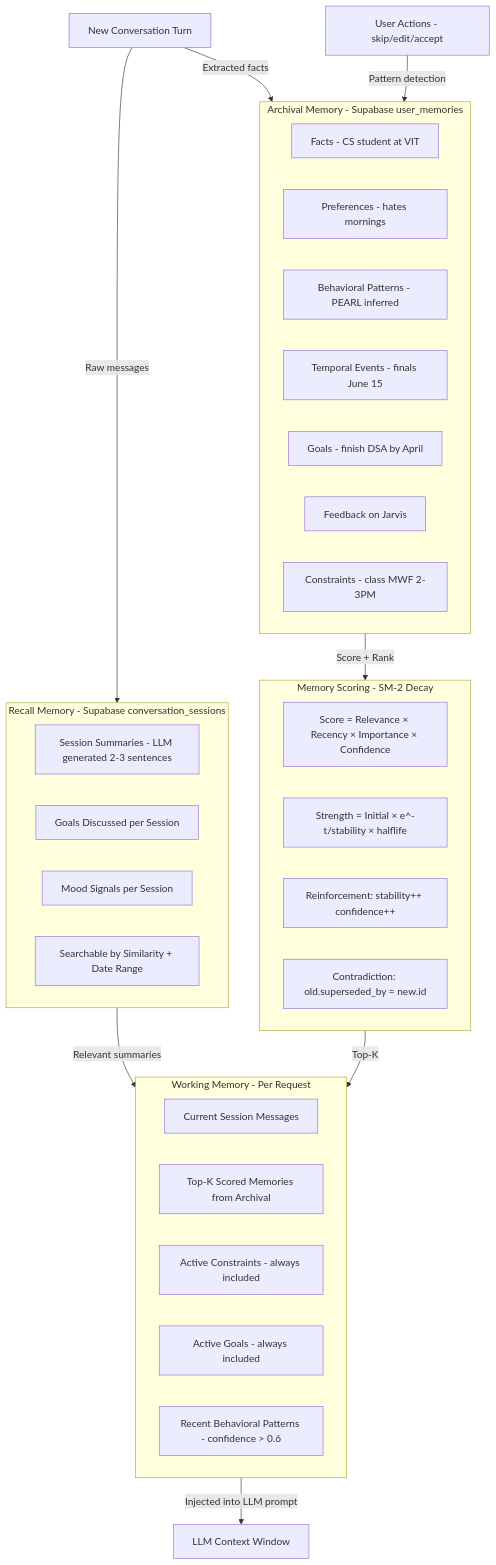
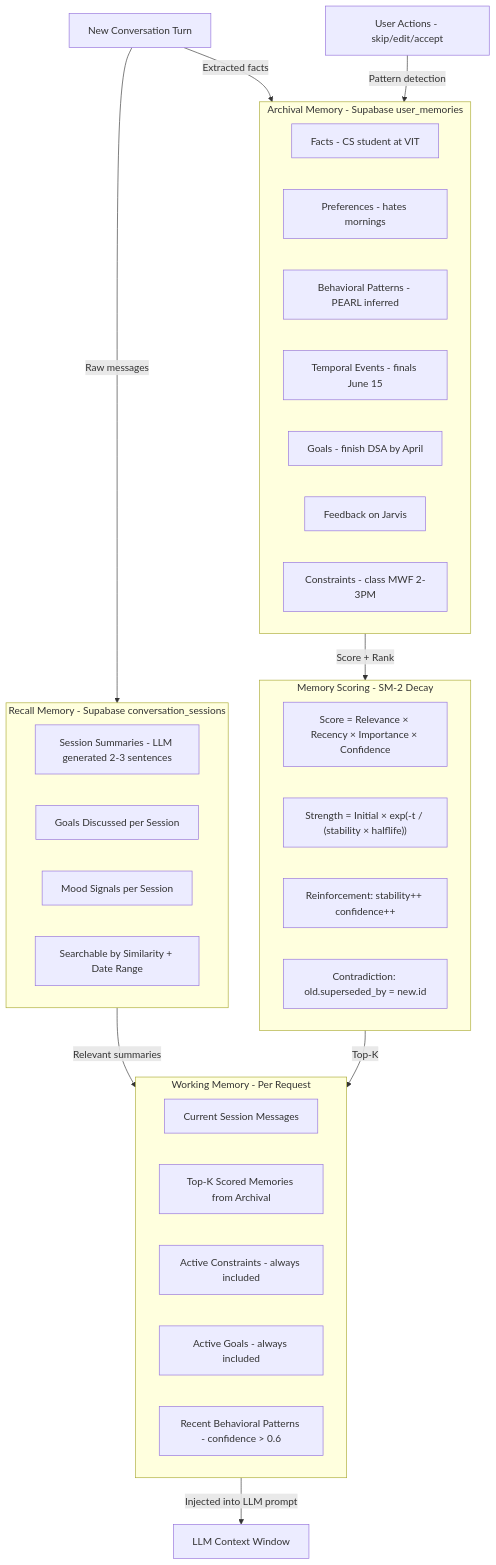
Before and after one commit to HackHeroic/Jarvis-Engine: the second of 9 diagrams in docs/superpowers/specs/2026-03-28-jarvis-architecture-reset-design.md, drawn with Mermaid. The commit also changed other lines of this file and 16 other files, not shown here.

````diff
--- a/docs/superpowers/specs/2026-03-28-jarvis-architecture-reset-design.md
+++ b/docs/superpowers/specs/2026-03-28-jarvis-architecture-reset-design.md
@@ -297,43 +297,43 @@
 ```mermaid
 flowchart TD
     subgraph Working [Working Memory - Per Request]
         WM1[Current Session Messages]
         WM2[Top-K Scored Memories from Archival]
         WM3[Active Constraints - always included]
         WM4[Active Goals - always included]
         WM5[Recent Behavioral Patterns - confidence > 0.6]
     end
 
     subgraph Recall [Recall Memory - Supabase conversation_sessions]
         RM1[Session Summaries - LLM generated 2-3 sentences]
         RM2[Goals Discussed per Session]
         RM3[Mood Signals per Session]
         RM4[Searchable by Similarity + Date Range]
     end
 
     subgraph Archival [Archival Memory - Supabase user_memories]
         AM_Facts[Facts - CS student at VIT]
         AM_Prefs[Preferences - hates mornings]
         AM_Patterns[Behavioral Patterns - PEARL inferred]
         AM_Events[Temporal Events - finals June 15]
         AM_Goals[Goals - finish DSA by April]
         AM_Feedback[Feedback on Jarvis]
         AM_Constraints[Constraints - class MWF 2-3PM]
     end
 
     subgraph Scoring [Memory Scoring - SM-2 Decay]
-        Score[Score = Relevance × Recency × Importance × Confidence]
-        Decay[Strength = Initial × e^-t/stability × halflife]
+        Score["Score = Relevance × Recency × Importance × Confidence"]
+        Decay["Strength = Initial × exp(-t / (stability × halflife))"]
         Reinforce[Reinforcement: stability++ confidence++]
         Contradict[Contradiction: old.superseded_by = new.id]
     end
 
     Archival -->|Score + Rank| Scoring
     Scoring -->|Top-K| Working
     Recall -->|Relevant summaries| Working
     Working -->|Injected into LLM prompt| LLM[LLM Context Window]
 
     Conversation[New Conversation Turn] -->|Raw messages| Recall
     Conversation -->|Extracted facts| Archival
     UserBehavior[User Actions - skip/edit/accept] -->|Pattern detection| Archival
 ```
````
